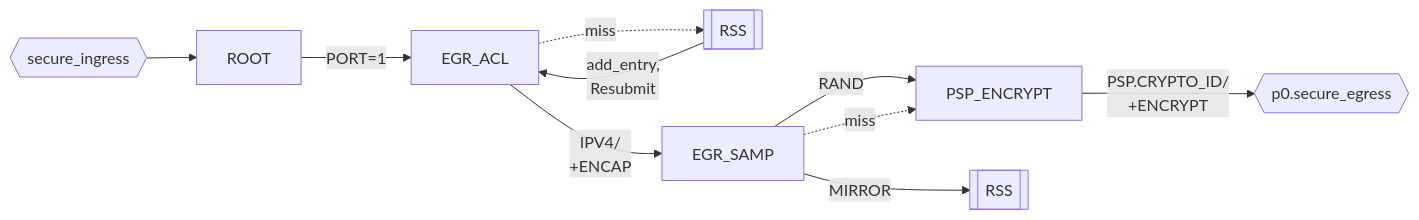
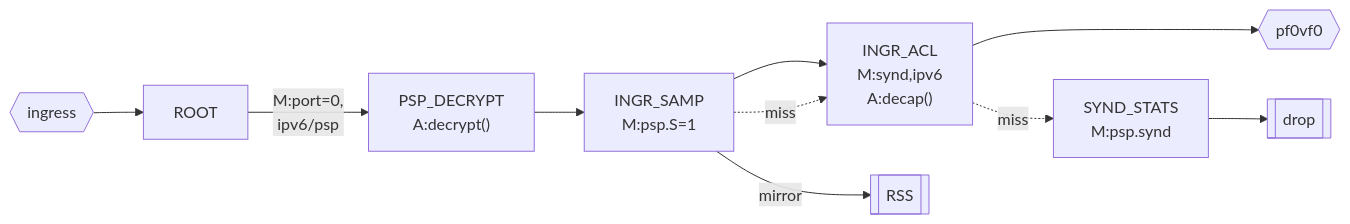
Before and after one commit to nvbrent/doca-psp-sample-app: the sixth of 7 diagrams in README.md, drawn with Mermaid. The commit also changed other lines of this file and 1 other file, not shown here.

````diff
--- a/README.md
+++ b/README.md
@@ -100,21 +167,29 @@
 ```mermaid
  %%{init:{'flowchart':{'useMaxWidth':false}}}%%
 flowchart LR
-    secure_ingress{{secure_ingress}}
-    p0.secure_egress{{p0.secure_egress}}
-    PSP_ENCRYPT[PSP_ENCRYPT]
+    ingress{{ingress}}
+    pf0vf0{{pf0vf0}}
+    ingress-->ROOT
+    INGR_ACL[INGR_ACL]
     RSS[[RSS]]
-    RSS2[[RSS]]
+    drop[[drop]]
+    PSP_DECRYPT["PSP_DECRYPT
+    A:decrypt()"]
+    INGR_SAMP["INGR_SAMP
+    M:psp.S=1"]
+    INGR_ACL["INGR_ACL
+    M:synd,ipv6
+    A:decap()"]
+    SYND_STATS["SYND_STATS
+    M:psp.synd"]
 
-    secure_ingress-->ROOT
-    ROOT-->|PORT=1|EGR_ACL
-    EGR_ACL-->|"IPV4/
-    +ENCAP"|EGR_SAMP
-    EGR_SAMP-->|"RAND"|PSP_ENCRYPT
-    EGR_SAMP-.->|miss|PSP_ENCRYPT
-    EGR_SAMP-->|"MIRROR"|RSS
-    PSP_ENCRYPT-->|"PSP.CRYPTO_ID/
-    +ENCRYPT"|p0.secure_egress
-    EGR_ACL-.->|miss|RSS2-->|"add_entry,
-    Resubmit"|EGR_ACL
+    ROOT-->|"M:port=0,
+    ipv6/psp"|PSP_DECRYPT
+    PSP_DECRYPT-->INGR_SAMP
+    INGR_SAMP-->INGR_ACL
+    INGR_SAMP-.->|miss|INGR_ACL
+    INGR_SAMP-->|mirror|RSS
+    INGR_ACL--->pf0vf0
+    INGR_ACL-.->|miss|SYND_STATS
+    SYND_STATS-->drop
 ```
````
